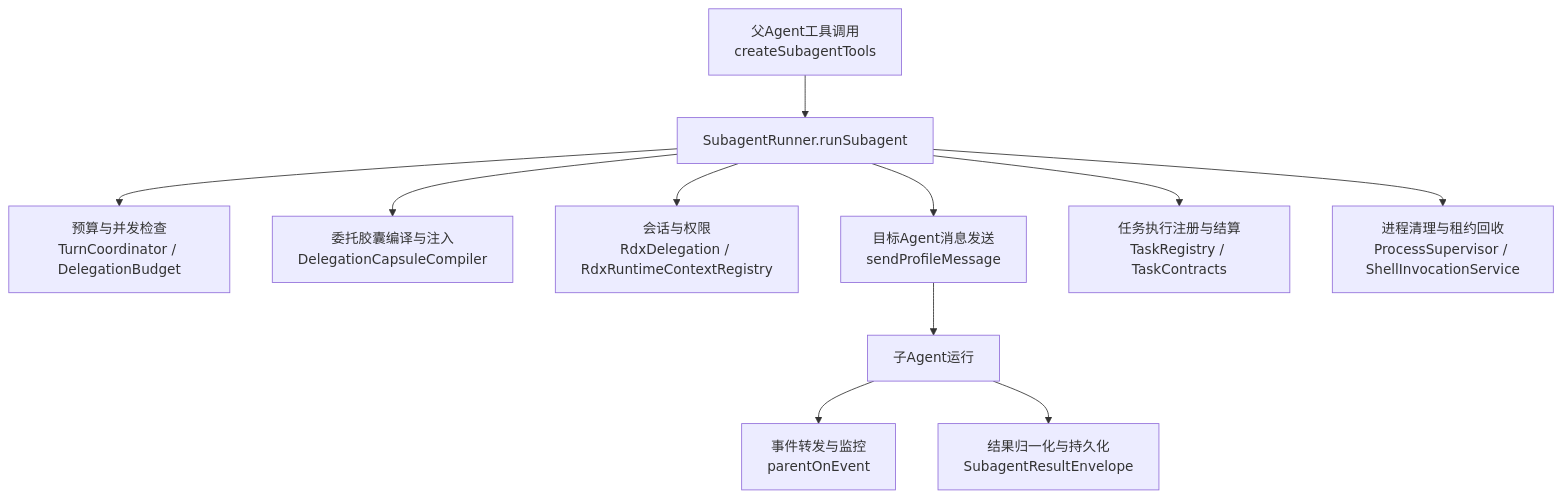
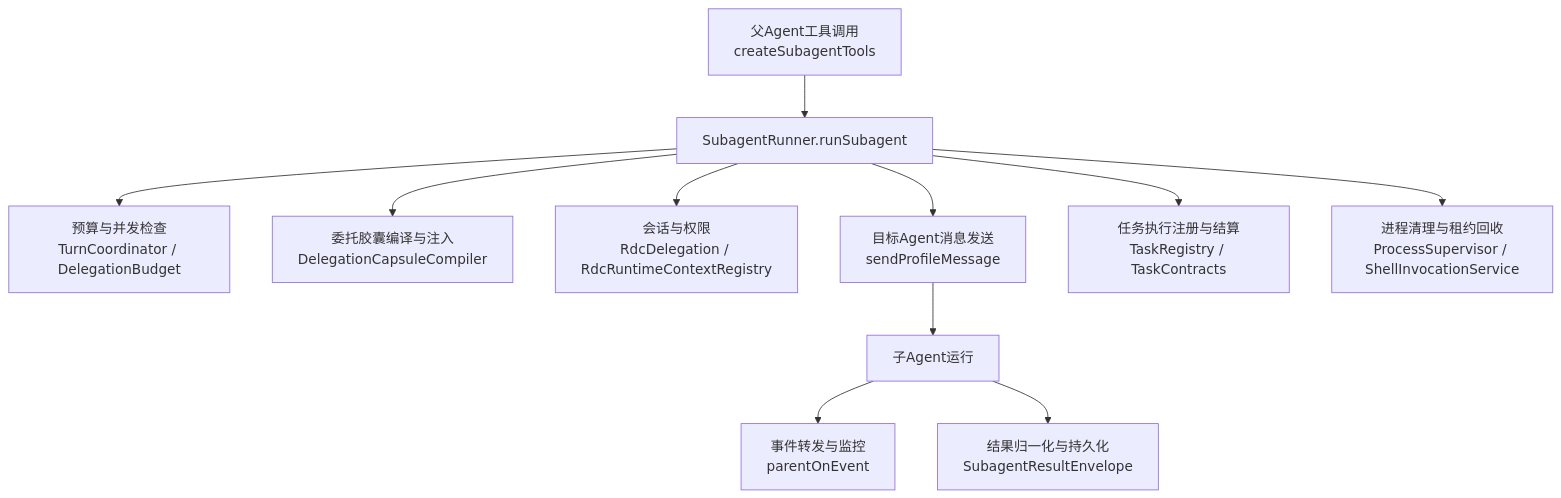
Before and after one commit to haolange/RDC-Agent: the first of 5 diagrams in .qoder/repowiki/zh/content/架构设计/核心组件设计/Agent编排器设计/子Agent协调机制.md, drawn with Mermaid. The commit also changed other lines of this file and 557 other files, not shown here.

````diff
--- a/.qoder/repowiki/zh/content/架构设计/核心组件设计/Agent编排器设计/子Agent协调机制.md
+++ b/.qoder/repowiki/zh/content/架构设计/核心组件设计/Agent编排器设计/子Agent协调机制.md
@@ -43,13 +43,13 @@
 ```mermaid
 graph TB
 A["父Agent工具调用<br/>createSubagentTools"] --> B["SubagentRunner.runSubagent"]
 B --> C["预算与并发检查<br/>TurnCoordinator / DelegationBudget"]
 B --> D["委托胶囊编译与注入<br/>DelegationCapsuleCompiler"]
-B --> E["会话与权限<br/>RdxDelegation / RdxRuntimeContextRegistry"]
+B --> E["会话与权限<br/>RdcDelegation / RdcRuntimeContextRegistry"]
 B --> F["目标Agent消息发送<br/>sendProfileMessage"]
 F --> G["子Agent运行"]
 G --> H["事件转发与监控<br/>parentOnEvent"]
 G --> I["结果归一化与持久化<br/>SubagentResultEnvelope"]
 B --> J["任务执行注册与结算<br/>TaskRegistry / TaskContracts"]
 B --> K["进程清理与租约回收<br/>ProcessSupervisor / ShellInvocationService"]
 ```
````
